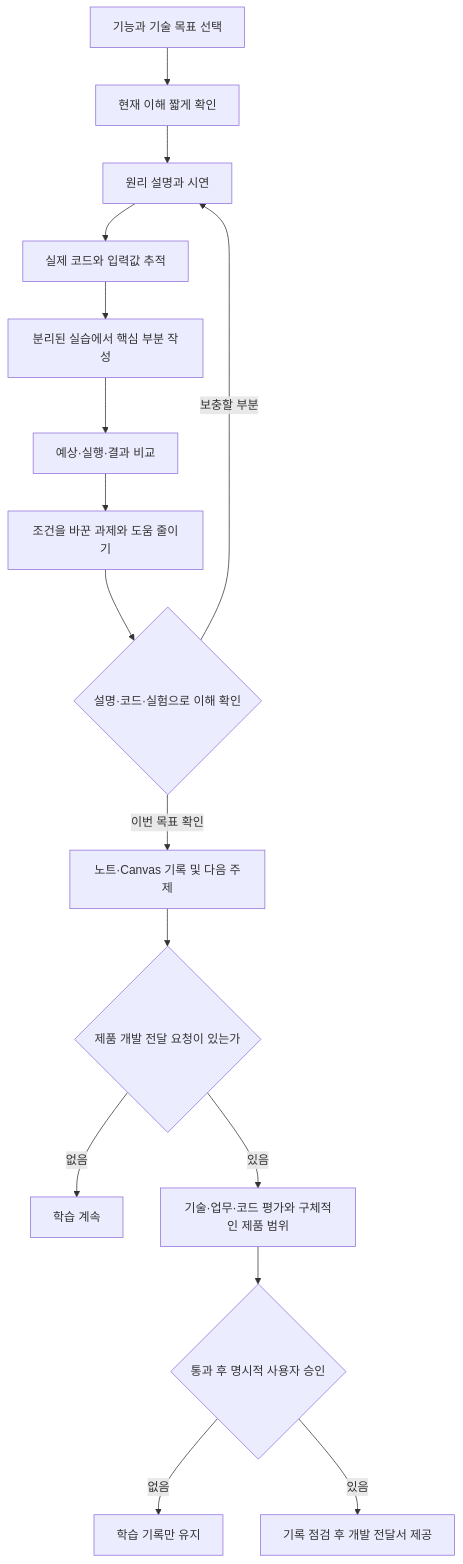
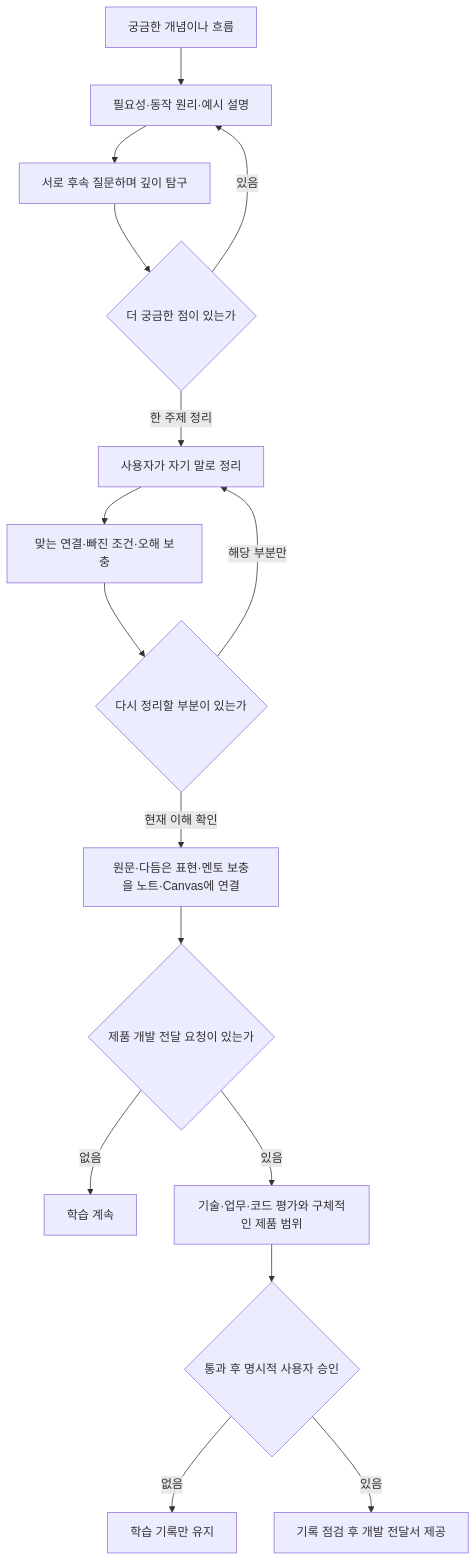
The diagram in notes/learning-workflow.md (doggopawer/agent-learning), drawn with Mermaid before and after one commit. The commit also changed other lines of this file and 11 other files, not shown here.

````diff
--- a/notes/learning-workflow.md
+++ b/notes/learning-workflow.md
@@ -15,18 +15,18 @@
 ```mermaid
 flowchart TD
-    topic["기능과 기술 목표 선택"] --> diagnose["현재 이해 짧게 확인"]
-    diagnose --> teach["원리 설명과 시연"]
-    teach --> trace["실제 코드와 입력값 추적"]
-    trace --> practice["분리된 실습에서 핵심 부분 작성"]
-    practice --> observe["예상·실행·결과 비교"]
-    observe --> vary["조건을 바꾼 과제와 도움 줄이기"]
-    vary --> assess{"설명·코드·실험으로 이해 확인"}
-    assess -->|"보충할 부분"| teach
-    assess -->|"이번 목표 확인"| record["노트·Canvas 기록 및 다음 주제"]
+    topic["궁금한 개념이나 흐름"] --> explain["필요성·동작 원리·예시 설명"]
+    explain --> discuss["서로 후속 질문하며 깊이 탐구"]
+    discuss --> more{"더 궁금한 점이 있는가"}
+    more -->|"있음"| explain
+    more -->|"한 주제 정리"| own["사용자가 자기 말로 정리"]
+    own --> feedback["맞는 연결·빠진 조건·오해 보충"]
+    feedback --> refine{"다시 정리할 부분이 있는가"}
+    refine -->|"해당 부분만"| own
+    refine -->|"현재 이해 확인"| record["원문·다듬은 표현·멘토 보충을 노트·Canvas에 연결"]
     record --> purpose{"제품 개발 전달 요청이 있는가"}
     purpose -->|"없음"| learning["학습 계속"]
     purpose -->|"있음"| gate["기술·업무·코드 평가와 구체적인 제품 범위"]
     gate --> approval{"통과 후 명시적 사용자 승인"}
     approval -->|"없음"| hold["학습 기록만 유지"]
     approval -->|"있음"| handoff["기록 점검 후 개발 전달서 제공"]
 ```
````
